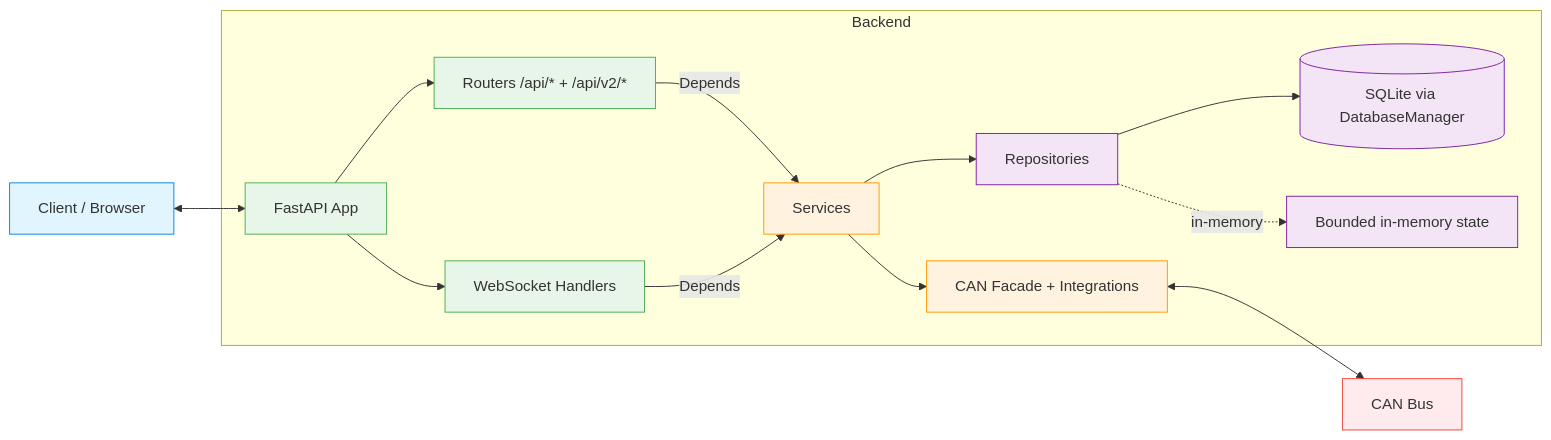
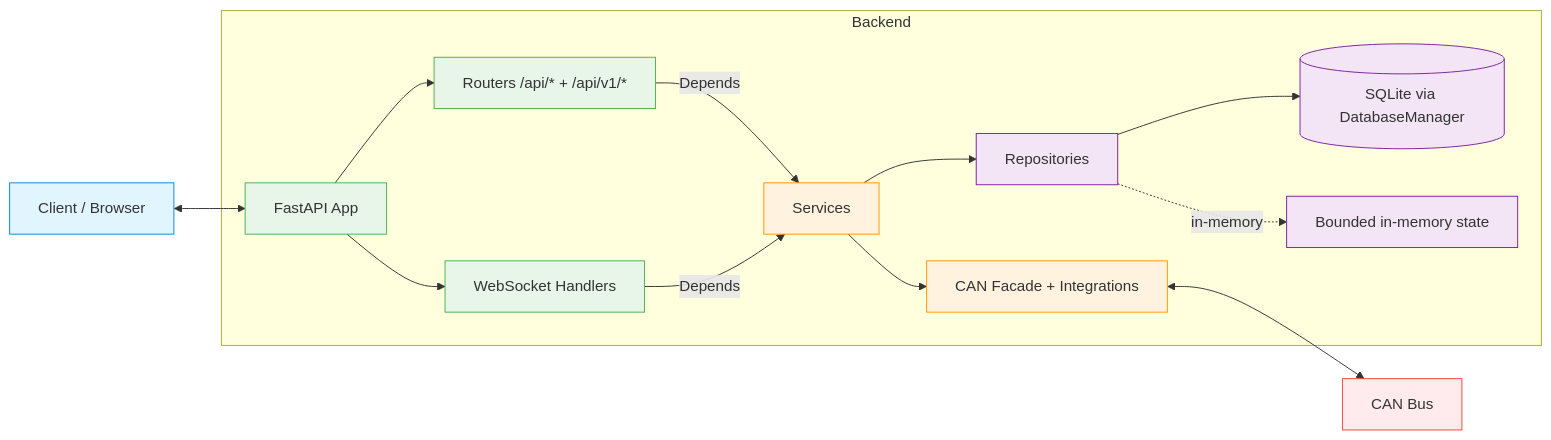
Before and after one commit to carpenike/coachiq: the diagram in docs/architecture/backend.md, drawn with Mermaid. The commit also changed other lines of this file and 73 other files, not shown here.

````diff
--- a/docs/architecture/backend.md
+++ b/docs/architecture/backend.md
@@ -48,32 +48,32 @@
 ```mermaid
 flowchart LR
     Client[Client / Browser] <--> FastAPI[FastAPI App]
 
     subgraph Backend
-        FastAPI --> Routers[Routers /api/* + /api/v2/*]
+        FastAPI --> Routers[Routers /api/* + /api/v1/*]
         FastAPI --> WS[WebSocket Handlers]
 
         Routers -->|Depends| Services[Services]
         WS -->|Depends| Services
 
         Services --> Repos[Repositories]
         Services --> CAN[CAN Facade + Integrations]
 
         Repos --> DB[(SQLite via DatabaseManager)]
         Repos -.in-memory.-> Memory[Bounded in-memory state]
     end
 
     CAN <--> CANBus[CAN Bus]
 
     classDef client fill:#E1F5FE,stroke:#0288D1
     classDef api fill:#E8F5E9,stroke:#4CAF50
     classDef logic fill:#FFF3E0,stroke:#FF9800
     classDef data fill:#F3E5F5,stroke:#7B1FA2
     classDef hw fill:#FFEBEE,stroke:#F44336
 
     class Client client
     class FastAPI,Routers,WS api
     class Services,CAN logic
     class Repos,DB,Memory data
     class CANBus hw
 ```
````
